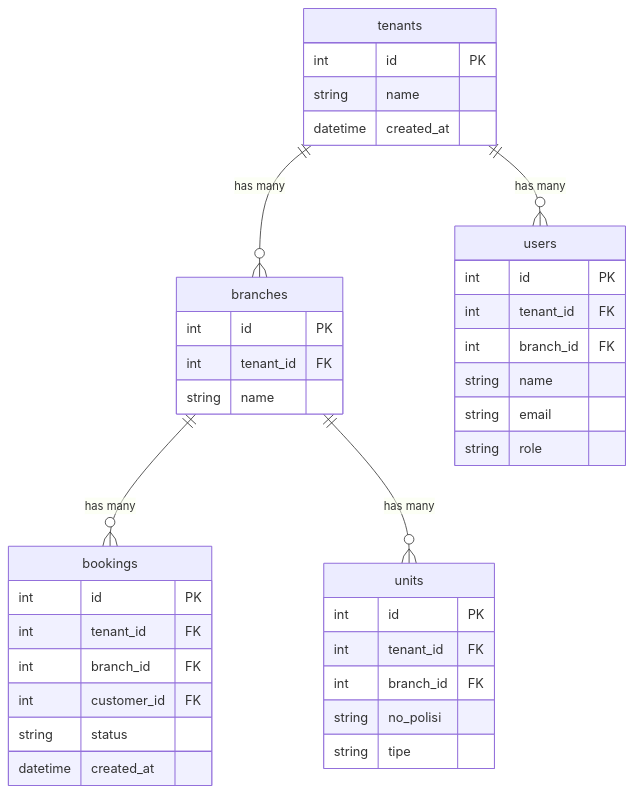
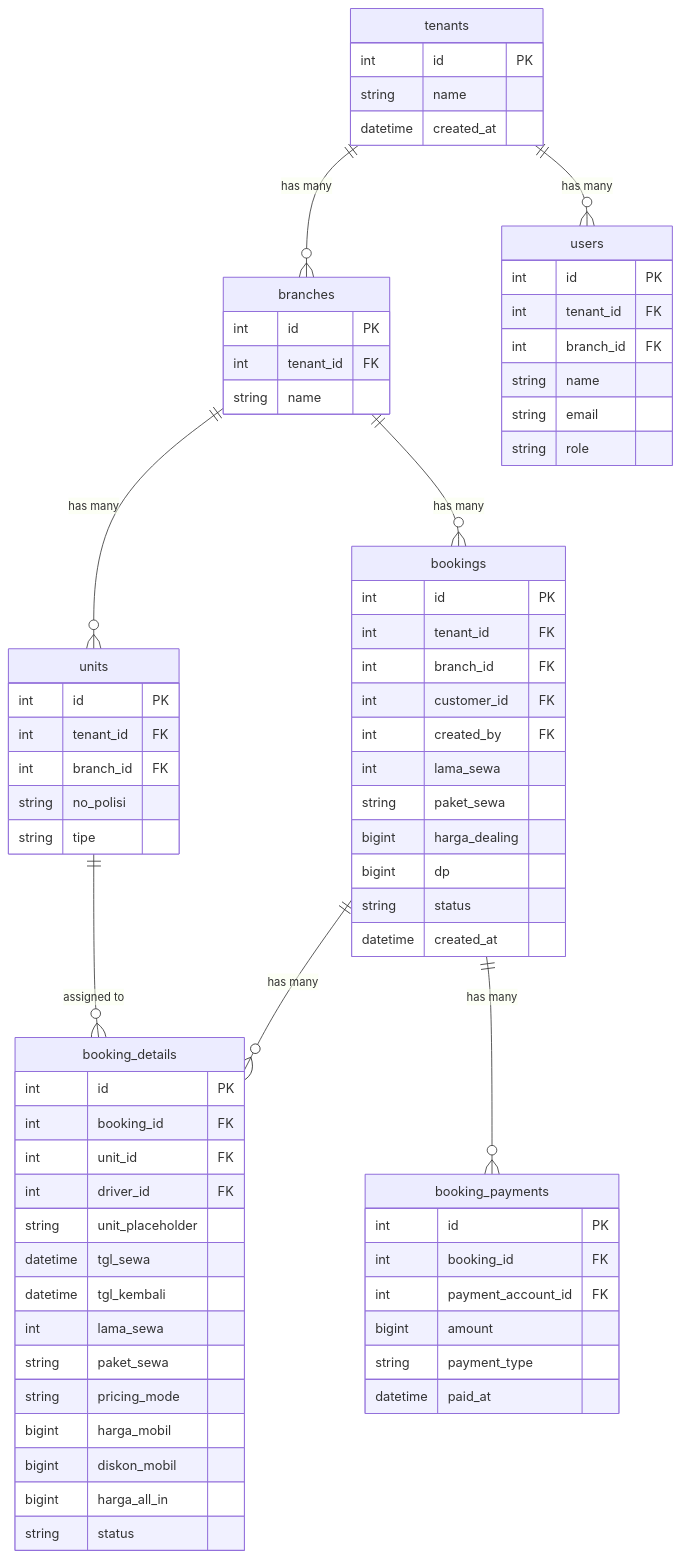
One commit to it126sig-hash/drent2 changed the second of 2 diagrams in prd/DRENT_PRD_01_overview.md. Above: the diagram before and after it, drawn with Mermaid. The commit also changed other lines of this file and 19 other files, not shown here.

````diff
--- a/prd/DRENT_PRD_01_overview.md
+++ b/prd/DRENT_PRD_01_overview.md
@@ -110,41 +127,73 @@
 ```mermaid
 erDiagram
     tenants {
         int id PK
         string name
         datetime created_at
     }
     branches {
         int id PK
         int tenant_id FK
         string name
     }
     users {
         int id PK
         int tenant_id FK
         int branch_id FK
         string name
         string email
         string role
     }
     units {
         int id PK
         int tenant_id FK
         int branch_id FK
         string no_polisi
         string tipe
     }
     bookings {
         int id PK
         int tenant_id FK
         int branch_id FK
         int customer_id FK
+        int created_by FK
+        int lama_sewa
+        string paket_sewa
+        bigint harga_dealing
+        bigint dp
         string status
         datetime created_at
+    }
+    booking_details {
+        int id PK
+        int booking_id FK
+        int unit_id FK
+        int driver_id FK
+        string unit_placeholder
+        datetime tgl_sewa
+        datetime tgl_kembali
+        int lama_sewa
+        string paket_sewa
+        string pricing_mode
+        bigint harga_mobil
+        bigint diskon_mobil
+        bigint harga_all_in
+        string status
+    }
+    booking_payments {
+        int id PK
+        int booking_id FK
+        int payment_account_id FK
+        bigint amount
+        string payment_type
+        datetime paid_at
     }
 
     tenants ||--o{ branches : "has many"
     tenants ||--o{ users : "has many"
     branches ||--o{ bookings : "has many"
     branches ||--o{ units : "has many"
+    bookings ||--o{ booking_details : "has many"
+    bookings ||--o{ booking_payments : "has many"
+    units ||--o{ booking_details : "assigned to"
 ```
````
